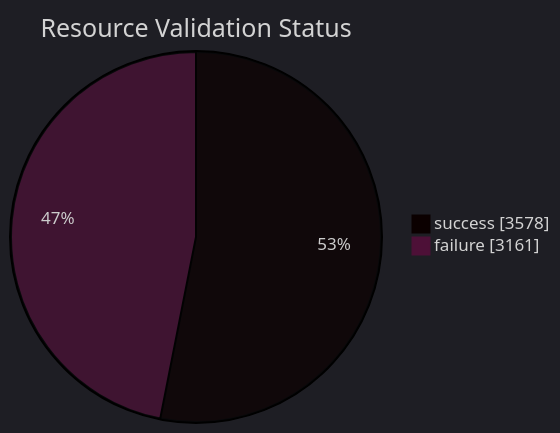
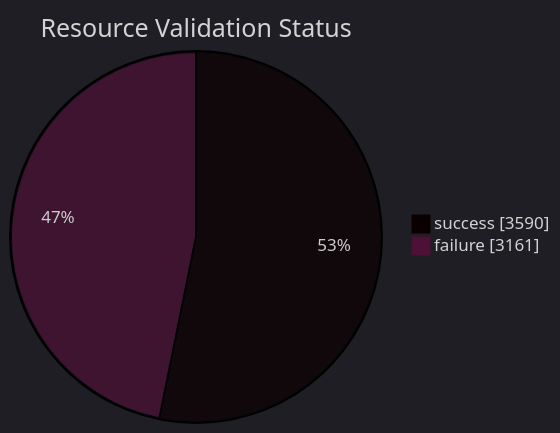
The diagram in datastore_tracker/resource_validation_status_pie_chart.md (open-data/analytics-corporate-reporting), drawn with Mermaid before and after one commit. The commit also changed 9 other files, not shown here.

````diff
--- a/datastore_tracker/resource_validation_status_pie_chart.md
+++ b/datastore_tracker/resource_validation_status_pie_chart.md
@@ -2,9 +2,9 @@
 ```mermaid
 ---
 config:
   theme: dark
 ---
 pie showData title Resource Validation Status
-    "success": 3578
+    "success": 3590
     "failure": 3161
 ```
````
